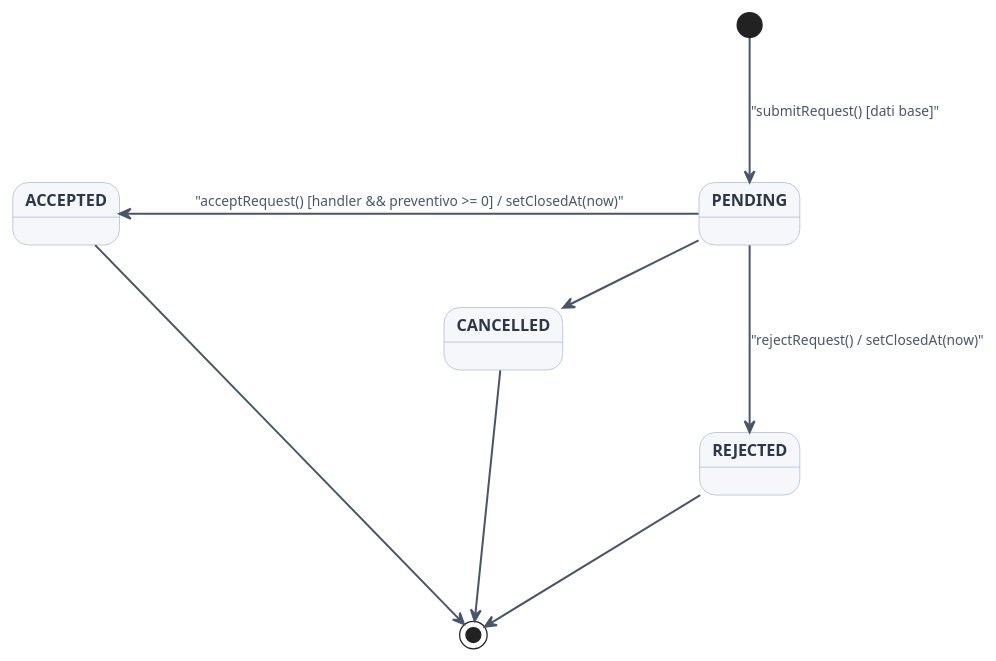
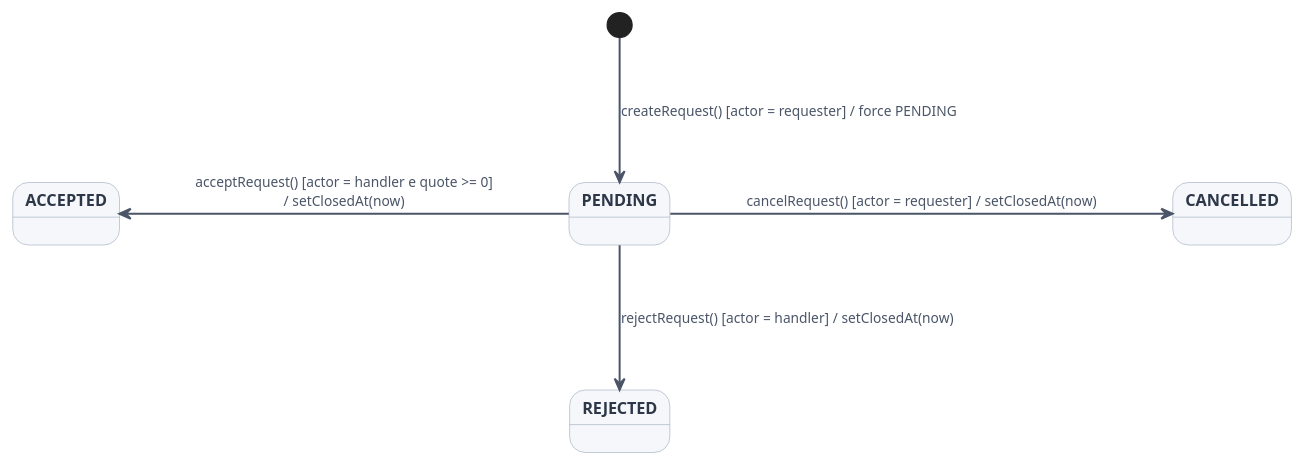
Before and after one commit to MeruemMeurel/Venue_Event_Organiser: the diagram in docs/diagrams/states/state-request.puml, drawn with PlantUML. The commit also changed 10 other files, not shown here.

```diff
--- a/docs/diagrams/states/state-request.puml
+++ b/docs/diagrams/states/state-request.puml
@@ -1,32 +1,29 @@
 @startuml
 skinparam style strictuml
 skinparam shadowing false
 skinparam DefaultFontName "Helvetica"
 skinparam DefaultFontSize 12
 
 skinparam state {
     BackgroundColor #F5F7FA
     BorderColor #A0AEC0
     FontColor #2D3748
     FontSize 13
     FontStyle bold
 
     ArrowColor #4A5568
     ArrowThickness 1.6
     ArrowFontColor #4A5568
     ArrowFontSize 11
 }
 
 skinparam ranksep 100
 skinparam nodesep 120
 
-[*] --> PENDING : "submitRequest() [dati base]"
+[*] --> PENDING : createRequest() [actor = requester] / force PENDING
 
-PENDING -left-> ACCEPTED : "acceptRequest() [handler && preventivo >= 0] / setClosedAt(now)"
-PENDING --> REJECTED : "rejectRequest() / setClosedAt(now)"
-PENDING -right-> CANCELLED : "cancelRequest() / setClosedAt(now)"
+PENDING -left-> ACCEPTED : acceptRequest() [actor = handler e quote >= 0]\n/ setClosedAt(now)
+PENDING --> REJECTED : rejectRequest() [actor = handler] / setClosedAt(now)
+PENDING -right-> CANCELLED : cancelRequest() [actor = requester] / setClosedAt(now)
 
-ACCEPTED --> [*]
-REJECTED --> [*]
-CANCELLED --> [*]
 @endum
```
